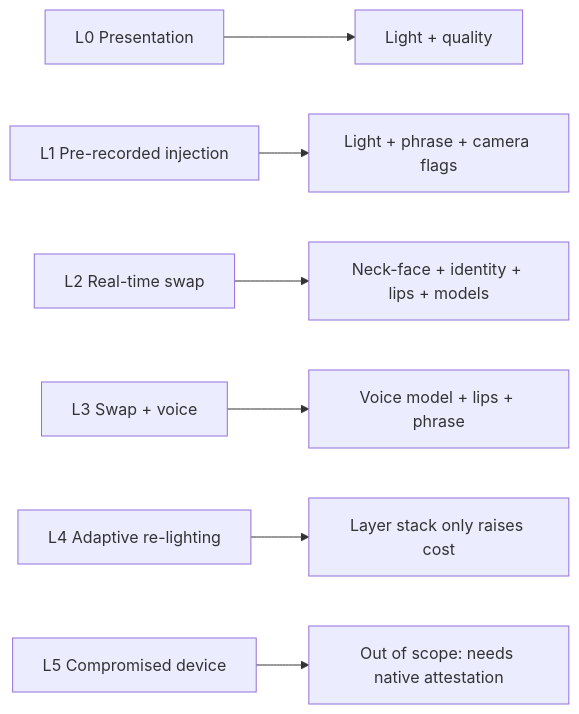
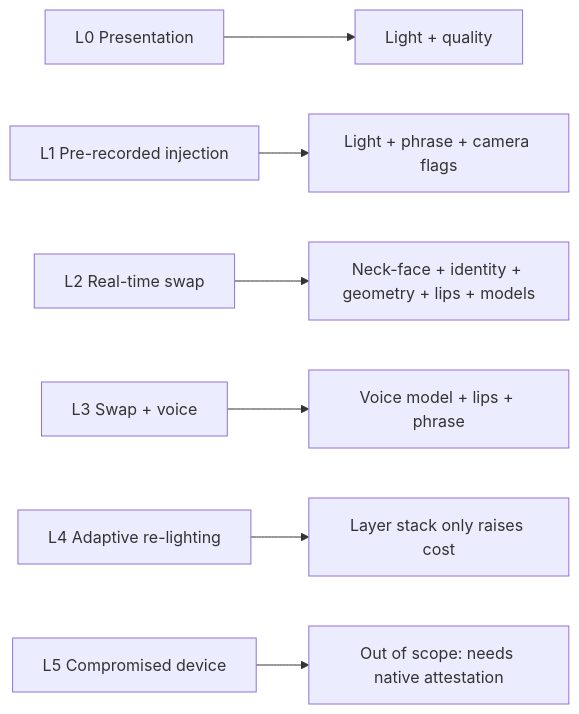
Before and after one commit to siddhikahanumante05-cloud/trustlens: diagram 13 of 14 in README.md, drawn with Mermaid. The commit also changed other lines of this file, not shown here.

````diff
--- a/README.md
+++ b/README.md
@@ -651,9 +735,9 @@
 ```mermaid
 flowchart LR
   L0["L0 Presentation"] --> C1["Light + quality"]
   L1["L1 Pre-recorded injection"] --> C2["Light + phrase + camera flags"]
-  L2["L2 Real-time swap"] --> C3["Neck-face + identity + lips + models"]
+  L2["L2 Real-time swap"] --> C3["Neck-face + identity + geometry + lips + models"]
   L3["L3 Swap + voice"] --> C4["Voice model + lips + phrase"]
   L4["L4 Adaptive re-lighting"] --> C5["Layer stack only raises cost"]
   L5["L5 Compromised device"] --> C6["Out of scope: needs native attestation"]
 ```
````
